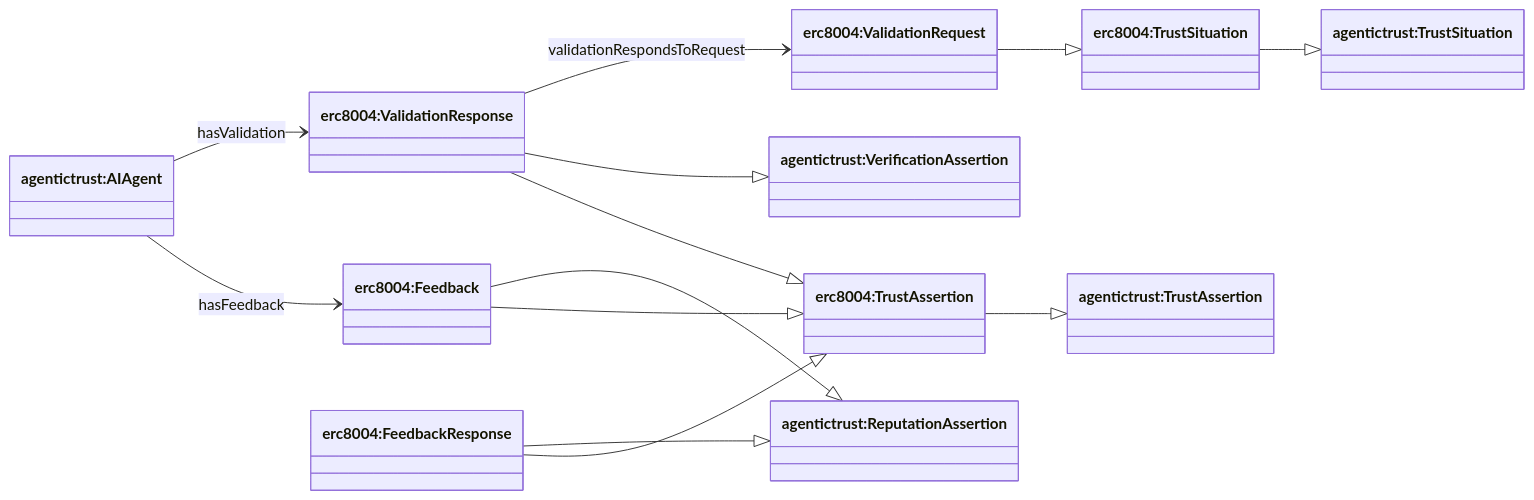
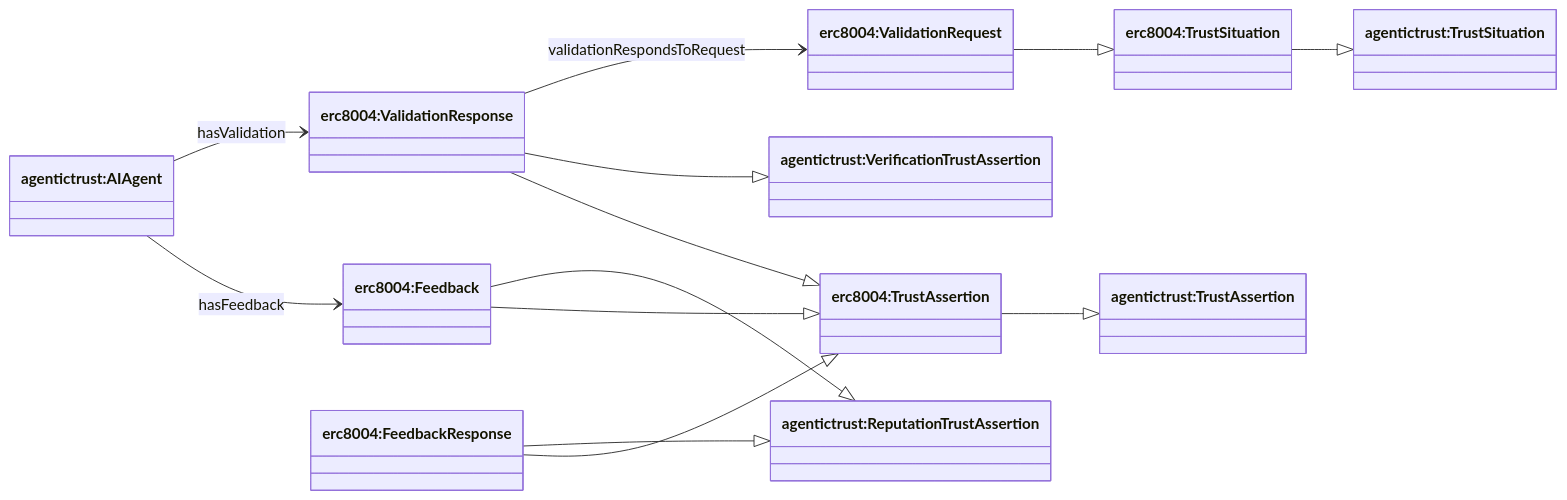
Before and after one commit to Agentic-Trust-Layer/agent-explorer: the second of 3 diagrams in docs/ontology/erc8004.md, drawn with Mermaid. The commit also changed 22 other files, not shown here.

````diff
--- a/docs/ontology/erc8004.md
+++ b/docs/ontology/erc8004.md
@@ -60,34 +60,34 @@
 ```mermaid
 classDiagram
 direction LR
 
 class TrustSituation["agentictrust:TrustSituation"]
 class TrustAssertion["agentictrust:TrustAssertion"]
-class VerificationAssertion["agentictrust:VerificationAssertion"]
-class ReputationAssertion["agentictrust:ReputationAssertion"]
+class VerificationAssertion["agentictrust:VerificationTrustAssertion"]
+class ReputationAssertion["agentictrust:ReputationTrustAssertion"]
 class AIAgent["agentictrust:AIAgent"]
 
 class ErcTrustSituation["erc8004:TrustSituation"]
 class ErcTrustAssertion["erc8004:TrustAssertion"]
 class ValidationRequest["erc8004:ValidationRequest"]
 class ValidationResponse["erc8004:ValidationResponse"]
 class Feedback["erc8004:Feedback"]
 class FeedbackResponse["erc8004:FeedbackResponse"]
 
 ErcTrustSituation --|> TrustSituation
 ErcTrustAssertion --|> TrustAssertion
 
 ValidationRequest --|> ErcTrustSituation
 ValidationResponse --|> ErcTrustAssertion
 ValidationResponse --|> VerificationAssertion
 
 Feedback --|> ErcTrustAssertion
 Feedback --|> ReputationAssertion
 FeedbackResponse --|> ErcTrustAssertion
 FeedbackResponse --|> ReputationAssertion
 
 AIAgent --> Feedback : hasFeedback
 AIAgent --> ValidationResponse : hasValidation
 
 ValidationResponse --> ValidationRequest : validationRespondsToRequest
 ```
````
